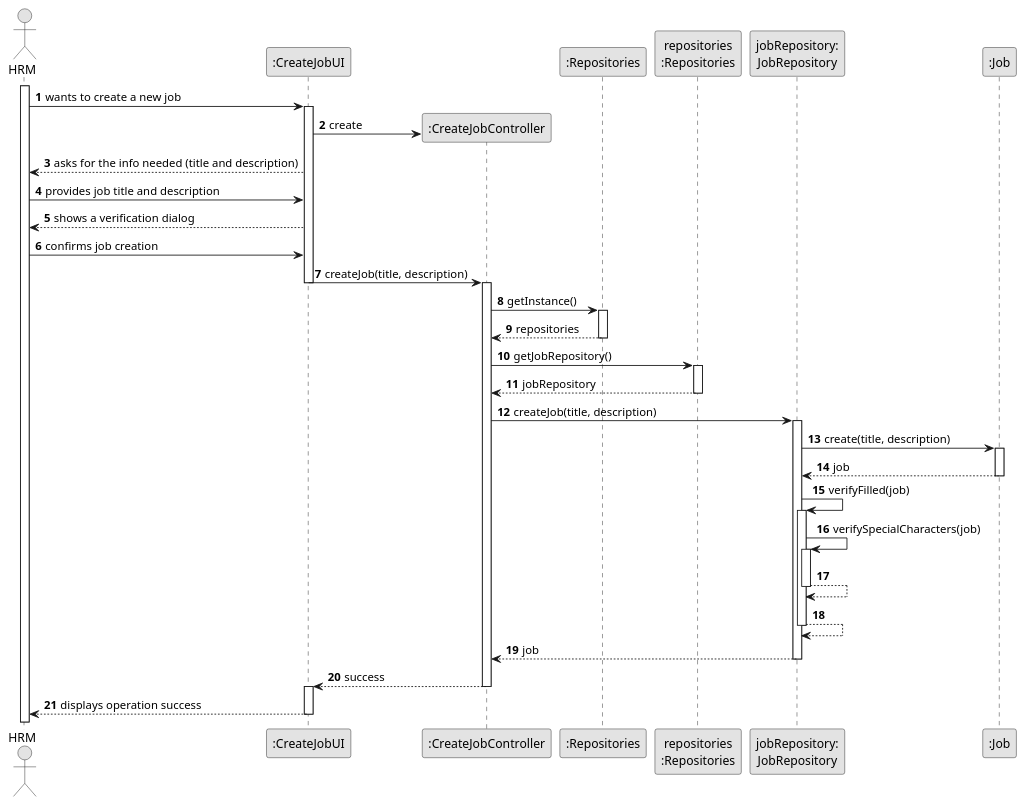
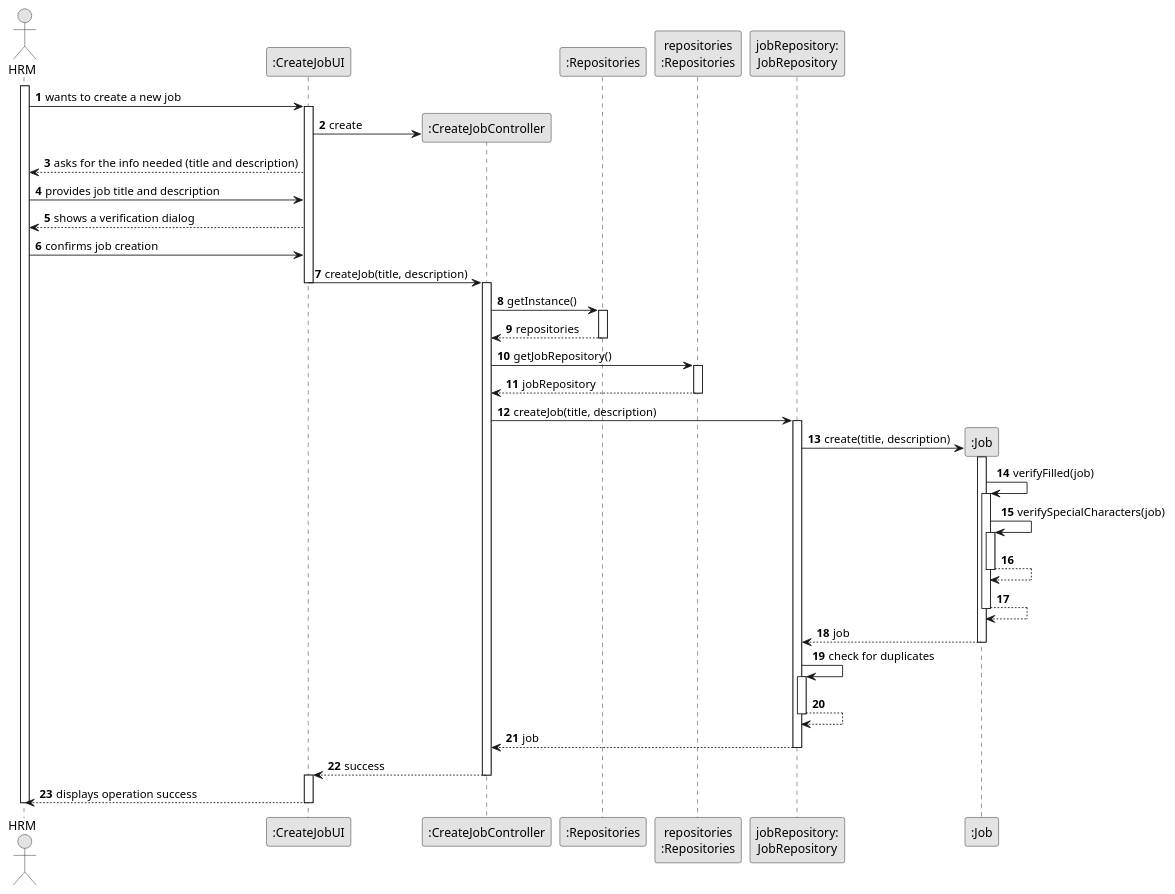
Before and after one commit to ricardomm7/leaflink: the diagram in docs/sprintB/us002/03.design/puml/us002-sequence-diagram-full.puml, drawn with PlantUML. The commit also changed 14 other files, not shown here.

```diff
--- a/docs/sprintB/us002/03.design/puml/us002-sequence-diagram-full.puml
+++ b/docs/sprintB/us002/03.design/puml/us002-sequence-diagram-full.puml
@@ -1,66 +1,74 @@
 @startuml
 skinparam monochrome true
 skinparam packageStyle rectangle
 skinparam shadowing false
 
 autonumber
 
 'hide footbox
 actor "HRM" as Employee
 participant ":CreateJobUI" as UI
 participant ":CreateJobController" as CTRL
 participant ":Repositories" as GlobRepo
 participant "repositories\n:Repositories" as PLAT
 participant "jobRepository:\nJobRepository" as jobRepository
 participant ":Job" as Job
 
 activate Employee
 Employee -> UI : wants to create a new job
 activate UI
 UI -> CTRL** : create
 UI --> Employee : asks for the info needed (title and description)
 Employee -> UI : provides job title and description
 UI --> Employee : shows a verification dialog
 Employee -> UI : confirms job creation
 
 
 UI -> CTRL : createJob(title, description)
 deactivate UI
 activate CTRL
 CTRL -> GlobRepo : getInstance()
 activate GlobRepo
 GlobRepo --> CTRL : repositories
 deactivate GlobRepo
 
 CTRL -> PLAT : getJobRepository()
 activate PLAT
 PLAT -->  CTRL: jobRepository
 deactivate PLAT
 
 CTRL -> jobRepository : createJob(title, description)
 activate jobRepository
 
-    jobRepository -> Job : create(title, description)
+    jobRepository -> Job** : create(title, description)
         activate Job
-        Job --> jobRepository : job
+
+    Job -> Job : verifyFilled(job)
+        activate Job
+        Job -> Job : verifySpecialCharacters(job)
+        activate Job
+        Job --> Job
         deactivate Job
-
-    jobRepository -> jobRepository : verifyFilled(job)
-        activate jobRepository
-        jobRepository -> jobRepository : verifySpecialCharacters(job)
-        activate jobRepository
-        jobRepository --> jobRepository
-        deactivate jobRepository
+    Job --> Job
+    deactivate Job
+    'Job -> Job : addJob(job)
+    Job --> jobRepository : job
+    deactivate Job
+    jobRepository -> jobRepository : check for duplicates
+    activate jobRepository
     jobRepository --> jobRepository
     deactivate jobRepository
+    deactivate Job
 jobRepository --> CTRL : job
+deactivate jobRepository
 deactivate jobRepository
 
 CTRL --> UI : success
 deactivate CTRL
 activate UI
 UI --> Employee : displays operation success
 
 deactivate UI
+deactivate Employee
 
 @enduml
```
